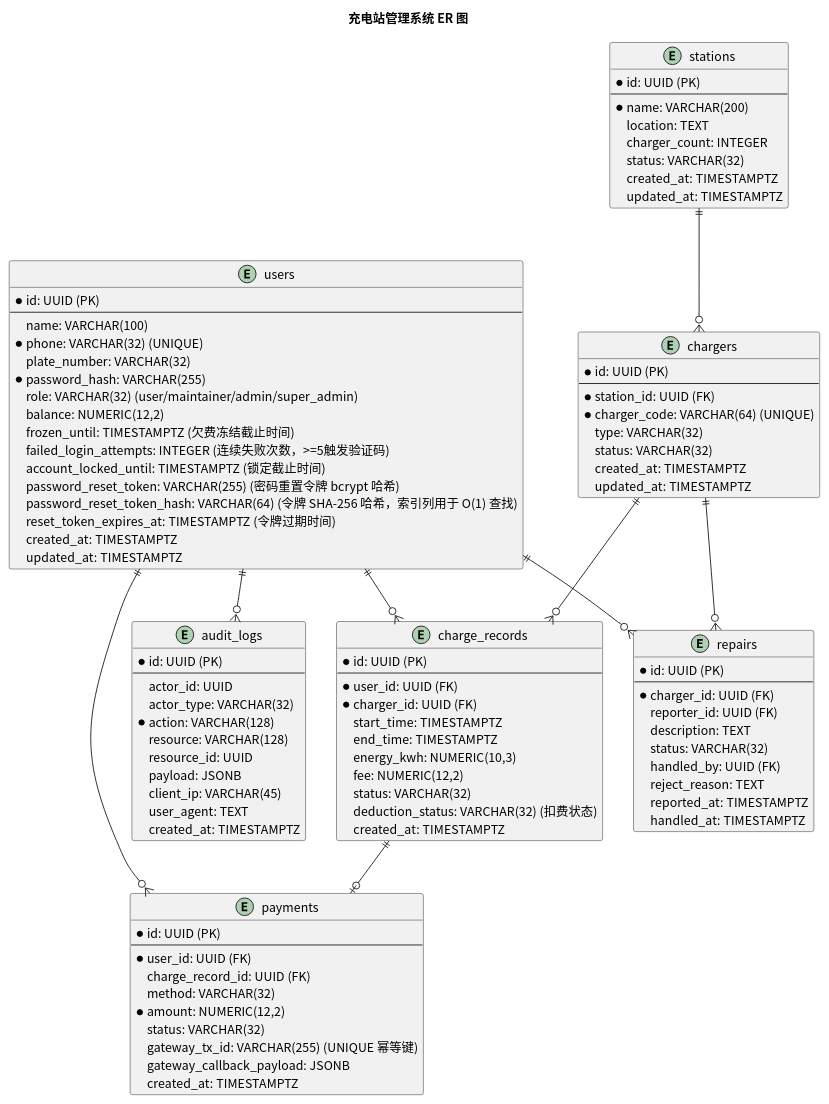
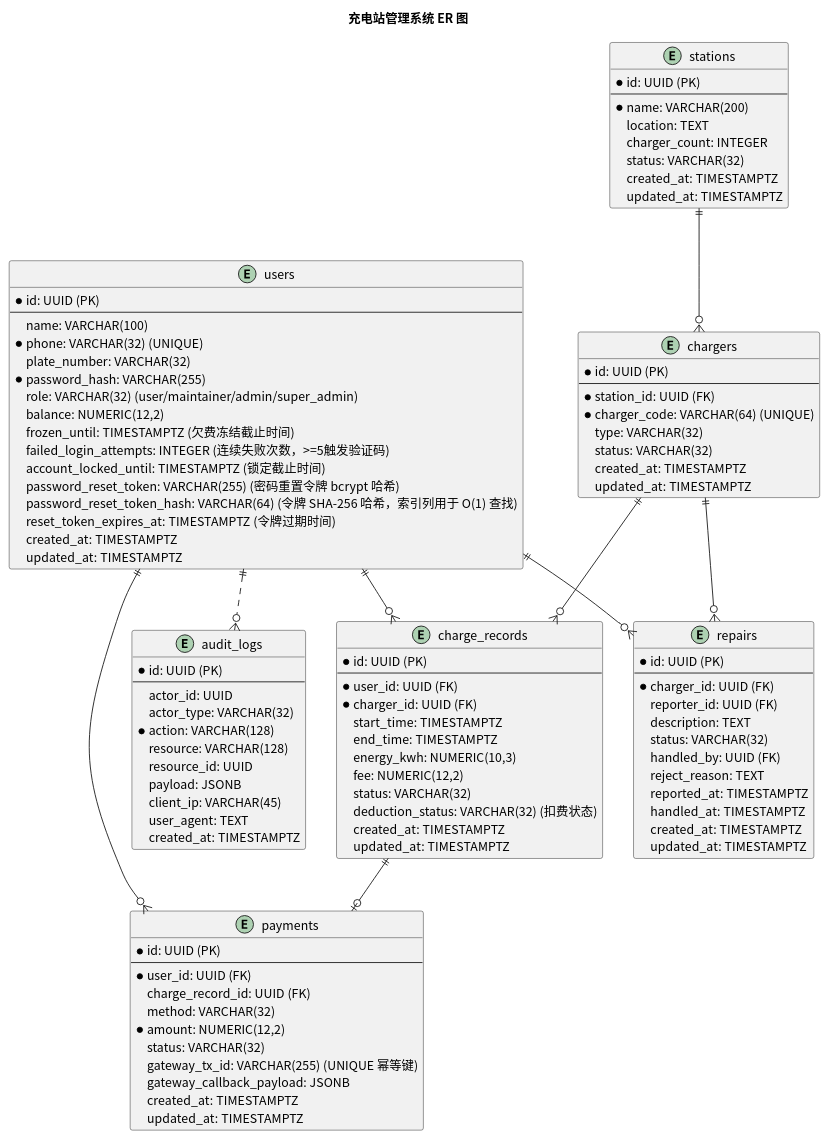
One commit to greenhandzdl/charging-station-doc changed the diagram in usecase/docs/database/src/er_diagram.puml. Above: the diagram before and after it, drawn with PlantUML. The commit also changed 32 other files, not shown here.

```diff
--- a/usecase/docs/database/src/er_diagram.puml
+++ b/usecase/docs/database/src/er_diagram.puml
@@ -1,109 +1,113 @@
 @startuml
 skinparam defaultFontName "Noto Sans CJK SC"
 skinparam defaultFontSize 14
 title 充电站管理系统 ER 图
 
 entity users {
   *id: UUID (PK)
   --
   name: VARCHAR(100)
   *phone: VARCHAR(32) (UNIQUE)
   plate_number: VARCHAR(32)
   *password_hash: VARCHAR(255)
   role: VARCHAR(32) (user/maintainer/admin/super_admin)
   balance: NUMERIC(12,2)
   frozen_until: TIMESTAMPTZ (欠费冻结截止时间)
   failed_login_attempts: INTEGER (连续失败次数，>=5触发验证码)
   account_locked_until: TIMESTAMPTZ (锁定截止时间)
   password_reset_token: VARCHAR(255) (密码重置令牌 bcrypt 哈希)
   password_reset_token_hash: VARCHAR(64) (令牌 SHA-256 哈希，索引列用于 O(1) 查找)
   reset_token_expires_at: TIMESTAMPTZ (令牌过期时间)
   created_at: TIMESTAMPTZ
   updated_at: TIMESTAMPTZ
 }
 
 entity stations {
   *id: UUID (PK)
   --
   *name: VARCHAR(200)
   location: TEXT
   charger_count: INTEGER
   status: VARCHAR(32)
   created_at: TIMESTAMPTZ
   updated_at: TIMESTAMPTZ
 }
 
 entity chargers {
   *id: UUID (PK)
   --
   *station_id: UUID (FK)
   *charger_code: VARCHAR(64) (UNIQUE)
   type: VARCHAR(32)
   status: VARCHAR(32)
   created_at: TIMESTAMPTZ
   updated_at: TIMESTAMPTZ
 }
 
 entity charge_records {
   *id: UUID (PK)
   --
   *user_id: UUID (FK)
   *charger_id: UUID (FK)
   start_time: TIMESTAMPTZ
   end_time: TIMESTAMPTZ
   energy_kwh: NUMERIC(10,3)
   fee: NUMERIC(12,2)
   status: VARCHAR(32)
   deduction_status: VARCHAR(32) (扣费状态)
   created_at: TIMESTAMPTZ
+  updated_at: TIMESTAMPTZ
 }
 
 entity payments {
   *id: UUID (PK)
   --
   *user_id: UUID (FK)
   charge_record_id: UUID (FK)
   method: VARCHAR(32)
   *amount: NUMERIC(12,2)
   status: VARCHAR(32)
   gateway_tx_id: VARCHAR(255) (UNIQUE 幂等键)
   gateway_callback_payload: JSONB
   created_at: TIMESTAMPTZ
+  updated_at: TIMESTAMPTZ
 }
 
 entity repairs {
   *id: UUID (PK)
   --
   *charger_id: UUID (FK)
   reporter_id: UUID (FK)
   description: TEXT
   status: VARCHAR(32)
   handled_by: UUID (FK)
   reject_reason: TEXT
   reported_at: TIMESTAMPTZ
   handled_at: TIMESTAMPTZ
+  created_at: TIMESTAMPTZ
+  updated_at: TIMESTAMPTZ
 }
 
 entity audit_logs {
   *id: UUID (PK)
   --
   actor_id: UUID
   actor_type: VARCHAR(32)
   *action: VARCHAR(128)
   resource: VARCHAR(128)
   resource_id: UUID
   payload: JSONB
   client_ip: VARCHAR(45)
   user_agent: TEXT
   created_at: TIMESTAMPTZ
 }
 
 stations ||--o{ chargers
 users ||--o{ charge_records
 chargers ||--o{ charge_records
 users ||--o{ payments
 charge_records ||--o| payments
 users ||--o{ repairs
 chargers ||--o{ repairs
-users ||--o{ audit_logs
+users ||..o{ audit_logs
 @enduml
```
